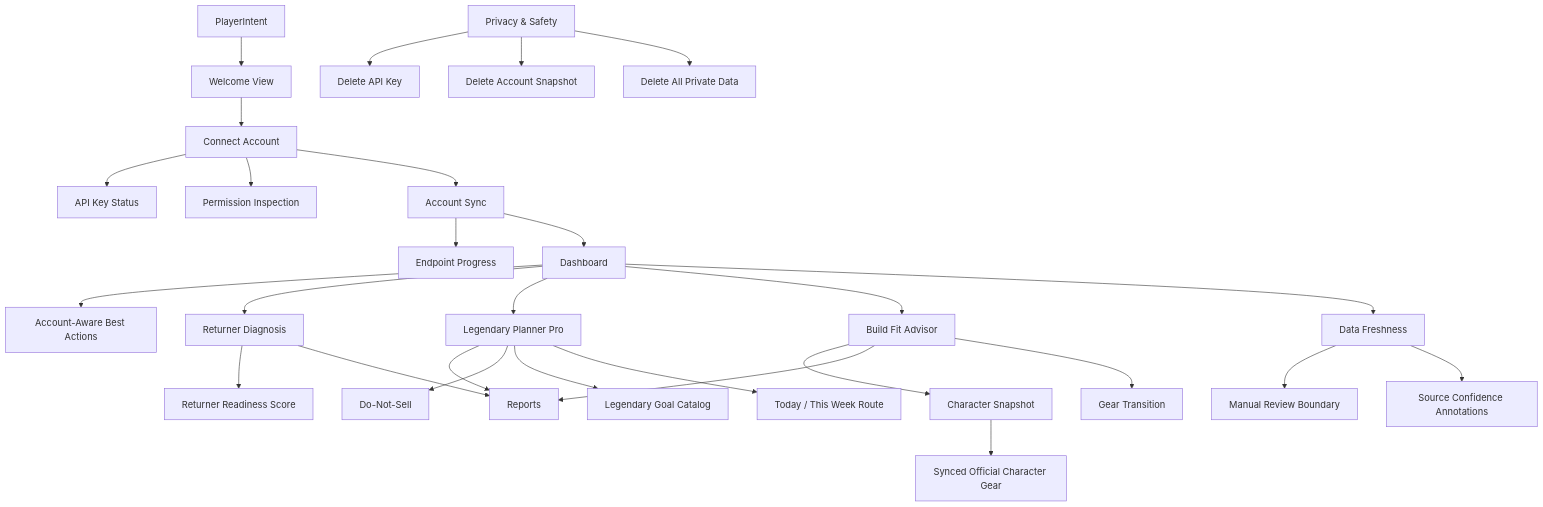
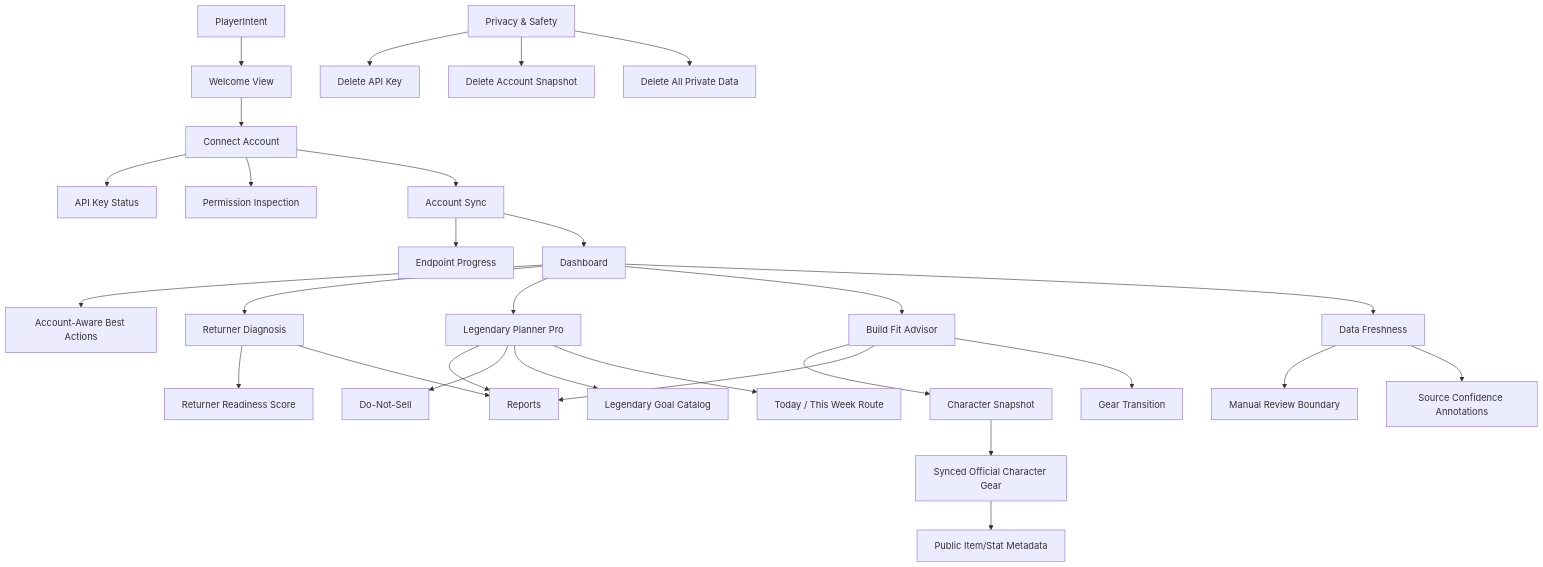
Before and after one commit to johnslee1207-commits/gw2radar: the diagram in docs/ui/PLAYER_UI_SEMANTIC_GRAPH_AUDIT.md, drawn with Mermaid. The commit also changed other lines of this file and 5 other files, not shown here.

Commit message:
Complete synced gear metadata bridge

````diff
--- a/docs/ui/PLAYER_UI_SEMANTIC_GRAPH_AUDIT.md
+++ b/docs/ui/PLAYER_UI_SEMANTIC_GRAPH_AUDIT.md
@@ -9,30 +9,31 @@
 ```mermaid
 graph TD
   PlayerIntent["PlayerIntent"] --> Welcome["Welcome View"]
   Welcome --> Connect["Connect Account"]
   Connect --> AccountKey["API Key Status"]
   Connect --> PermissionInspection["Permission Inspection"]
   Connect --> AccountSync["Account Sync"]
   AccountSync --> EndpointProgress["Endpoint Progress"]
   AccountSync --> Dashboard["Dashboard"]
   Dashboard --> BestActions["Account-Aware Best Actions"]
   Dashboard --> Returner["Returner Diagnosis"]
   Returner --> ReturnerReadiness["Returner Readiness Score"]
   Dashboard --> Legendary["Legendary Planner Pro"]
   Dashboard --> BuildFit["Build Fit Advisor"]
   BuildFit --> CharacterSnapshot["Character Snapshot"]
   CharacterSnapshot --> SyncedCharacterGear["Synced Official Character Gear"]
+  SyncedCharacterGear --> PublicItemMetadata["Public Item/Stat Metadata"]
   Dashboard --> Freshness["Data Freshness"]
   Returner --> ReportCenter["Reports"]
   Legendary --> ReportCenter
   BuildFit --> ReportCenter
   Legendary --> DoNotSell["Do-Not-Sell"]
   Legendary --> LegendaryGoalCatalog["Legendary Goal Catalog"]
   Legendary --> LegendaryWeeklyRoute["Today / This Week Route"]
   BuildFit --> GearTransition["Gear Transition"]
   Freshness --> SafetyBoundary["Manual Review Boundary"]
   Freshness --> SourceConfidence["Source Confidence Annotations"]
   Privacy["Privacy & Safety"] --> DeleteKey["Delete API Key"]
   Privacy --> DeleteSnapshot["Delete Account Snapshot"]
   Privacy --> DeleteAllPrivate["Delete All Private Data"]
 ```
````
